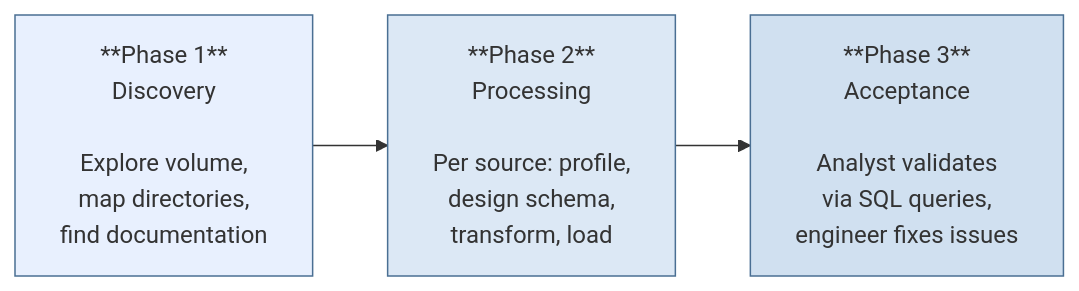
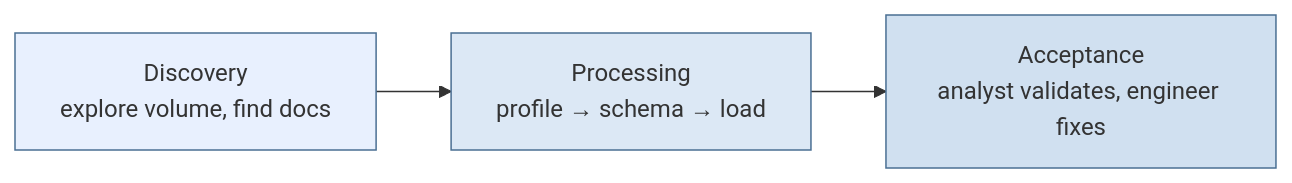
One commit to jweinberg-a2a/versifai-data-agents changed the fifth of 11 diagrams in docs/architecture.md. Above: the diagram before and after it, drawn with Mermaid. The commit also changed other lines of this file and 4 other files, not shown here.

Commit message:
diagrams fixed

````diff
--- a/docs/architecture.md
+++ b/docs/architecture.md
@@ -238,13 +165,9 @@
 ```mermaid
 flowchart LR
-    P1["**Phase 1**<br>Discovery<br><br>Explore volume,<br>map directories,<br>find documentation"]
-    P2["**Phase 2**<br>Processing<br><br>Per source: profile,<br>design schema,<br>transform, load"]
-    P3["**Phase 3**<br>Acceptance<br><br>Analyst validates<br>via SQL queries,<br>engineer fixes issues"]
-
-    P1 --> P2
-    P2 --> P3
+    P1["Discovery<br>explore volume, find docs"] --> P2["Processing<br>profile → schema → load"]
+    P2 --> P3["Acceptance<br>analyst validates, engineer fixes"]
 
     style P1 fill:#e8f0fe,stroke:#4a6f93
     style P2 fill:#dce8f5,stroke:#4a6f93
     style P3 fill:#d0e0f0,stroke:#4a6f93
 ```
````
